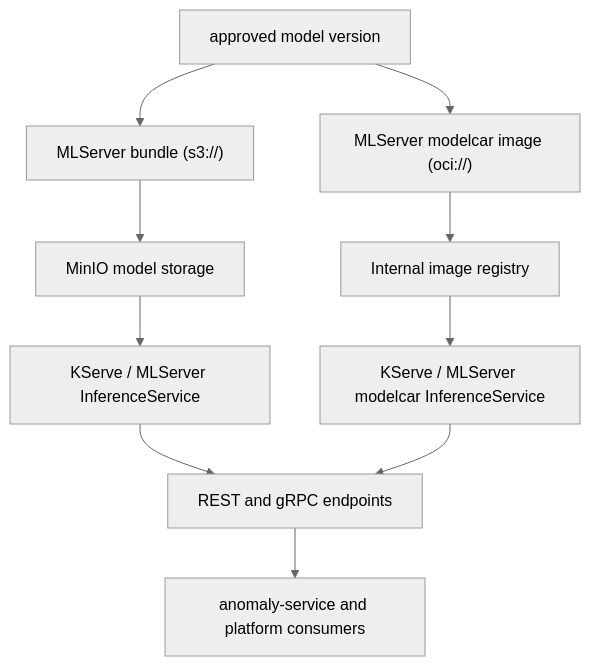
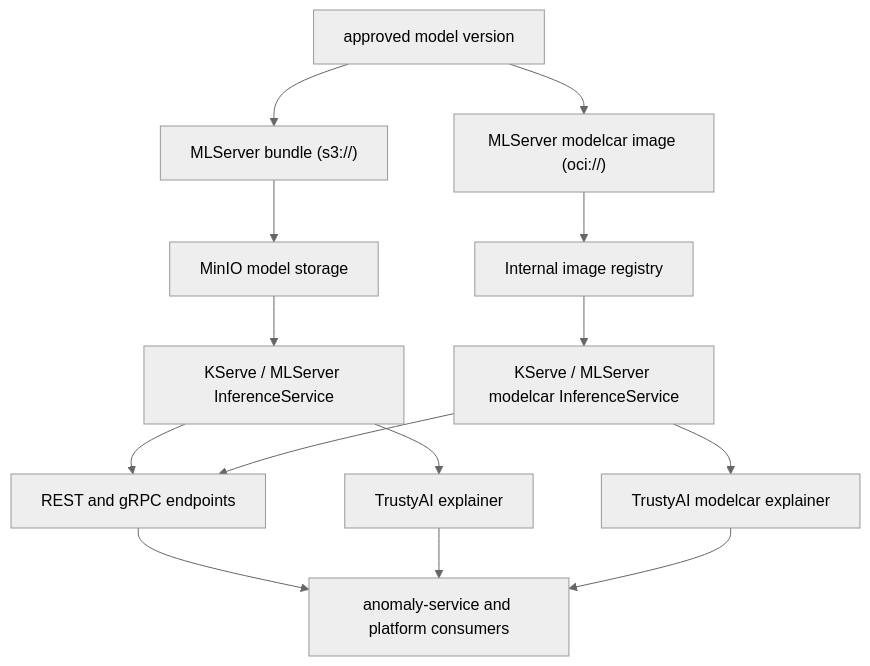
The diagram in docs/architecture/phase-05-overview-model-serving.md (rh-telco-tigers/Autonomous-Network-Intelligence-Anomaly-Detection-with-Red-Hat-OpenShift-AI), drawn with Mermaid (neutral theme) before and after one commit. The commit also changed other lines of this file and 4 other files, not shown here.

Commit message:
Update phase docs for TrustyAI flows

````diff
--- a/docs/architecture/phase-05-overview-model-serving.md
+++ b/docs/architecture/phase-05-overview-model-serving.md
@@ -21,12 +22,16 @@
 ```mermaid
 flowchart TD
   Registry["approved model version"] --> S3Bundle["MLServer bundle (s3://)"]
   Registry --> ModelcarImage["MLServer modelcar image (oci://)"]
   S3Bundle --> MinIO["MinIO model storage"]
   ModelcarImage --> RegistryImage["Internal image registry"]
   MinIO --> MlServe["KServe / MLServer InferenceService"]
   RegistryImage --> ModelcarServe["KServe / MLServer modelcar InferenceService"]
   MlServe --> API["REST and gRPC endpoints"]
+  MlServe --> LiveExpl["TrustyAI explainer"]
   ModelcarServe --> API
+  ModelcarServe --> ModelcarExpl["TrustyAI modelcar explainer"]
   API --> Consumers["anomaly-service and platform consumers"]
+  LiveExpl --> Consumers
+  ModelcarExpl --> Consumers
 ```
````
